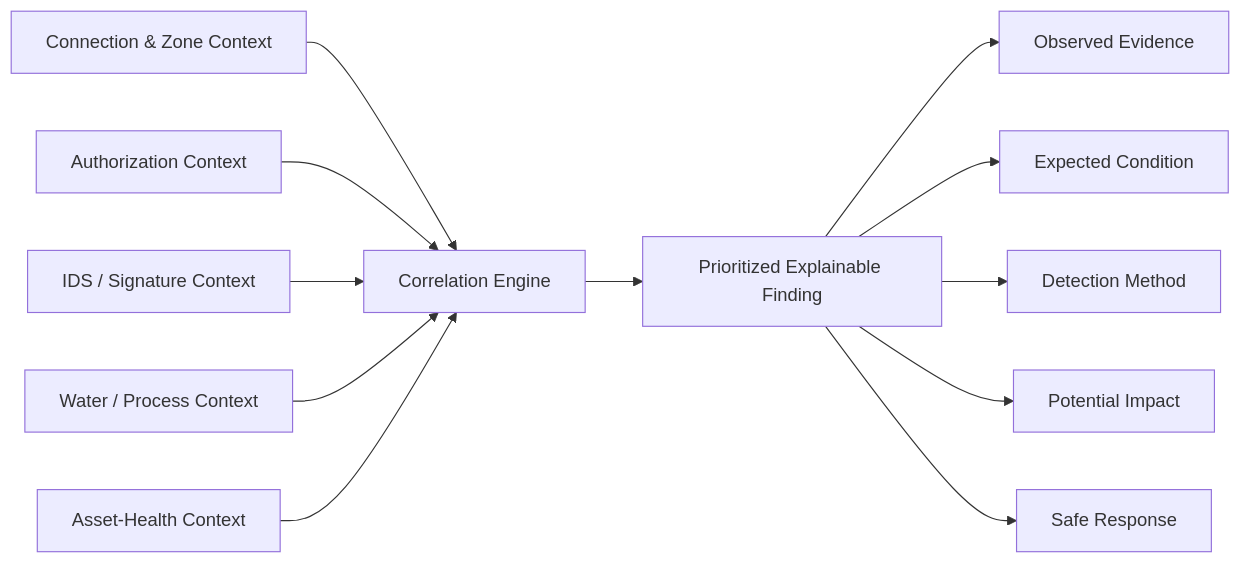
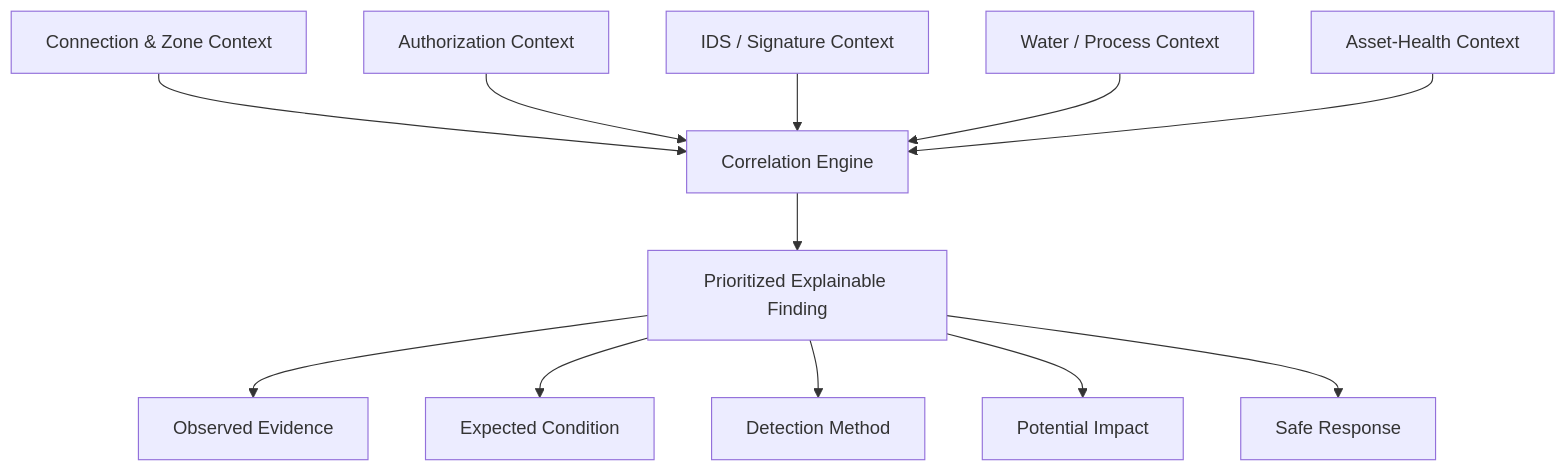
One commit to HaziqBinAfzal/AquaVigil changed the sixth of 8 diagrams in README.md. Above: the diagram before and after it, drawn with Mermaid. The commit also changed other lines of this file, not shown here.

````diff
--- a/README.md
+++ b/README.md
@@ -350,16 +446,31 @@
 ```mermaid
-flowchart LR
-    A["Connection & Zone Context"] --> F["Correlation Engine"]
-    B["Authorization Context"] --> F
-    C["IDS / Signature Context"] --> F
-    D["Water / Process Context"] --> F
-    E["Asset-Health Context"] --> F
+flowchart TB
+    CONNECTION["Connection & Zone Context"]
+    AUTH["Authorization Context"]
+    IDS["IDS / Signature Context"]
+    PROCESS["Water / Process Context"]
+    ASSET["Asset-Health Context"]
 
-    F --> G["Prioritized Explainable Finding"]
+    CORRELATE["Correlation Engine"]
+    FINDING["Prioritized Explainable Finding"]
 
-    G --> H["Observed Evidence"]
-    G --> I["Expected Condition"]
-    G --> J["Detection Method"]
-    G --> K["Potential Impact"]
-    G --> L["Safe Response"]
+    OBSERVED["Observed Evidence"]
+    EXPECTED["Expected Condition"]
+    METHOD["Detection Method"]
+    IMPACT["Potential Impact"]
+    RESPONSE["Safe Response"]
+
+    CONNECTION --> CORRELATE
+    AUTH --> CORRELATE
+    IDS --> CORRELATE
+    PROCESS --> CORRELATE
+    ASSET --> CORRELATE
+
+    CORRELATE --> FINDING
+
+    FINDING --> OBSERVED
+    FINDING --> EXPECTED
+    FINDING --> METHOD
+    FINDING --> IMPACT
+    FINDING --> RESPONSE
 ```
````
